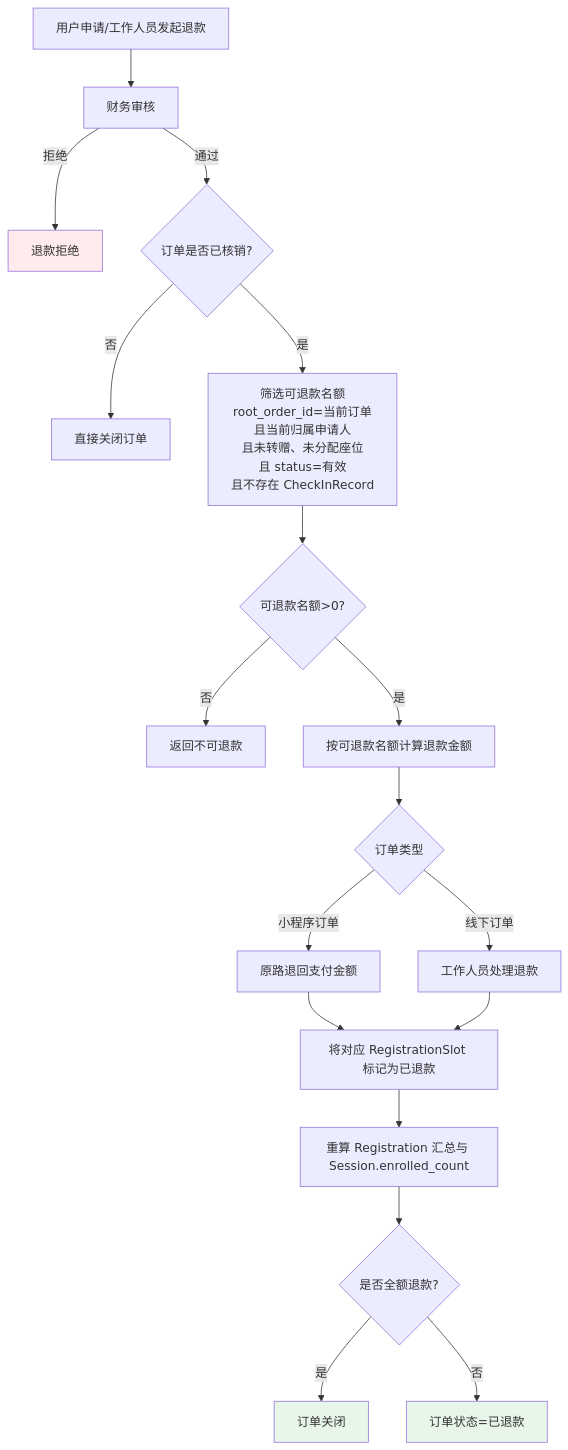
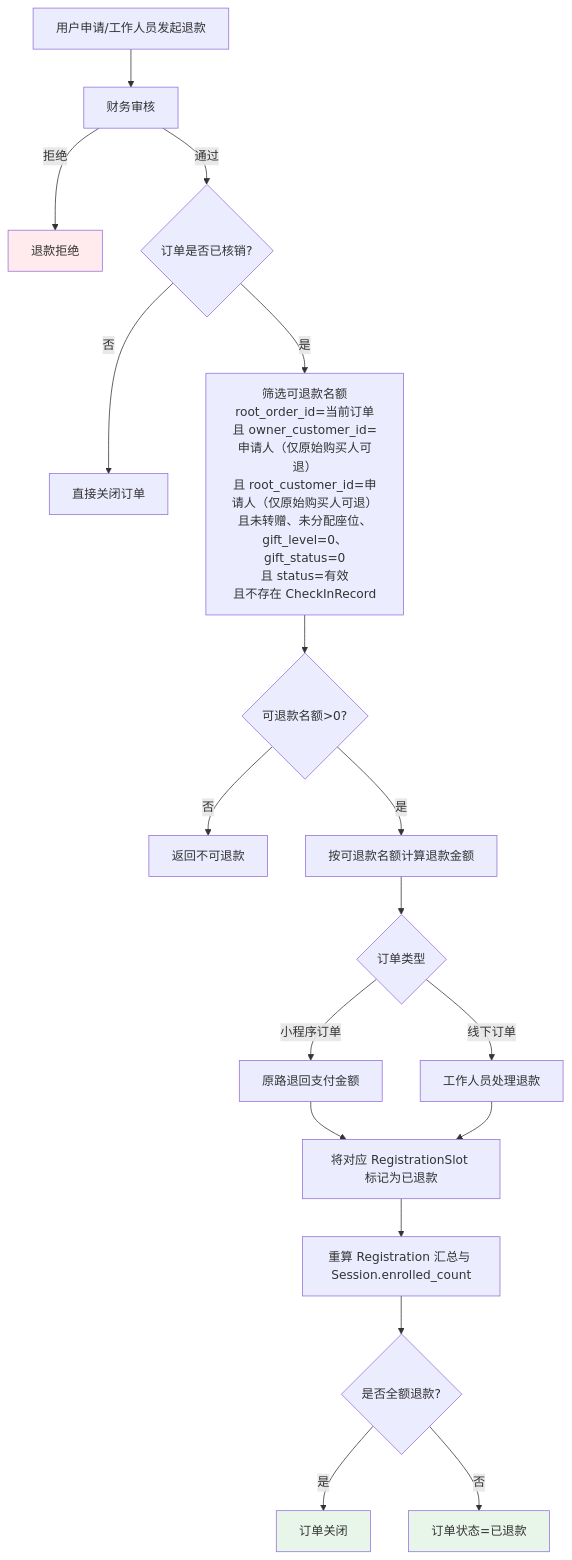
One commit to zingxy/side-job changed the eighth of 8 diagrams in 课程培训平台/PRD.md. Above: the diagram before and after it, drawn with Mermaid. The commit also changed other lines of this file and 1 other file, not shown here.

````diff
--- a/课程培训平台/PRD.md
+++ b/课程培训平台/PRD.md
@@ -450,25 +463,25 @@
 ```mermaid
 flowchart TD
     A[用户申请/工作人员发起退款] --> B[财务审核]
     B -->|拒绝| C[退款拒绝]
     B -->|通过| D{订单是否已核销?}
     
     D -->|否| E[直接关闭订单]
-    D -->|是| F[筛选可退款名额<br/>root_order_id=当前订单<br/>且当前归属申请人<br/>且未转赠、未分配座位<br/>且 status=有效<br/>且不存在 CheckInRecord]
+    D -->|是| F[筛选可退款名额<br/>root_order_id=当前订单<br/>且 owner_customer_id=申请人（仅原始购买人可退）<br/>且 root_customer_id=申请人（仅原始购买人可退）<br/>且未转赠、未分配座位、gift_level=0、gift_status=0<br/>且 status=有效<br/>且不存在 CheckInRecord]
     F --> G{可退款名额>0?}
     G -->|否| H[返回不可退款]
     G -->|是| I[按可退款名额计算退款金额]
     I --> J{订单类型}
     J -->|小程序订单| K[原路退回支付金额]
     J -->|线下订单| L[工作人员处理退款]
     K --> M[将对应 RegistrationSlot 标记为已退款]
     L --> M
     M --> N[重算 Registration 汇总与 Session.enrolled_count]
     N --> O{是否全额退款?}
     O -->|是| P[订单关闭]
     O -->|否| Q[订单状态=已退款]
     
     style C fill:#ffebee
     style P fill:#e8f5e9
     style Q fill:#e8f5e9
 ```
````
